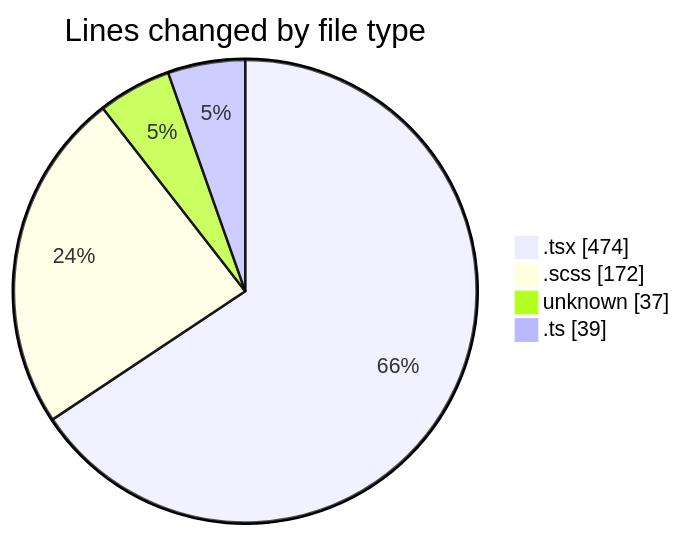
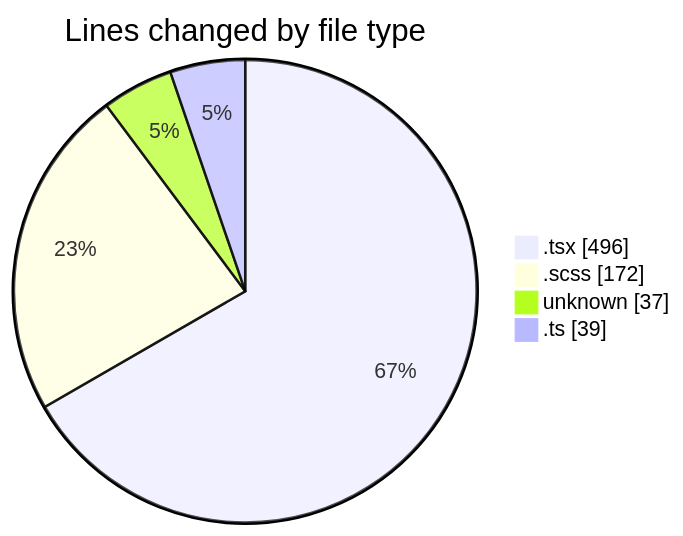
The first of 2 diagrams in 2025-09-16/cda/README.md (momahboobian/code-tracking), drawn with Mermaid before and after one commit. The commit also changed other lines of this file and 1 other file, not shown here.

````diff
--- a/2025-09-16/cda/README.md
+++ b/2025-09-16/cda/README.md
@@ -24,8 +24,8 @@
 ```mermaid
 pie showData
 title Lines changed by file type
-".tsx" : 474
+".tsx" : 496
 ".scss" : 172
 "unknown" : 37
 ".ts" : 39
 ```
````
